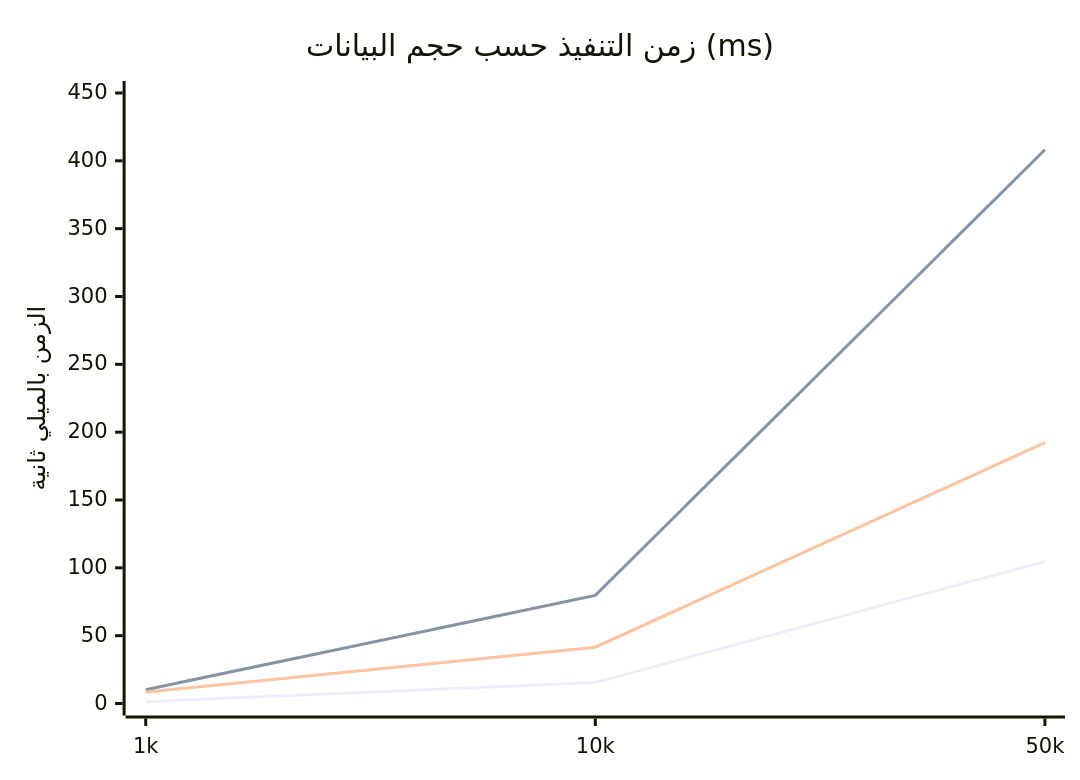
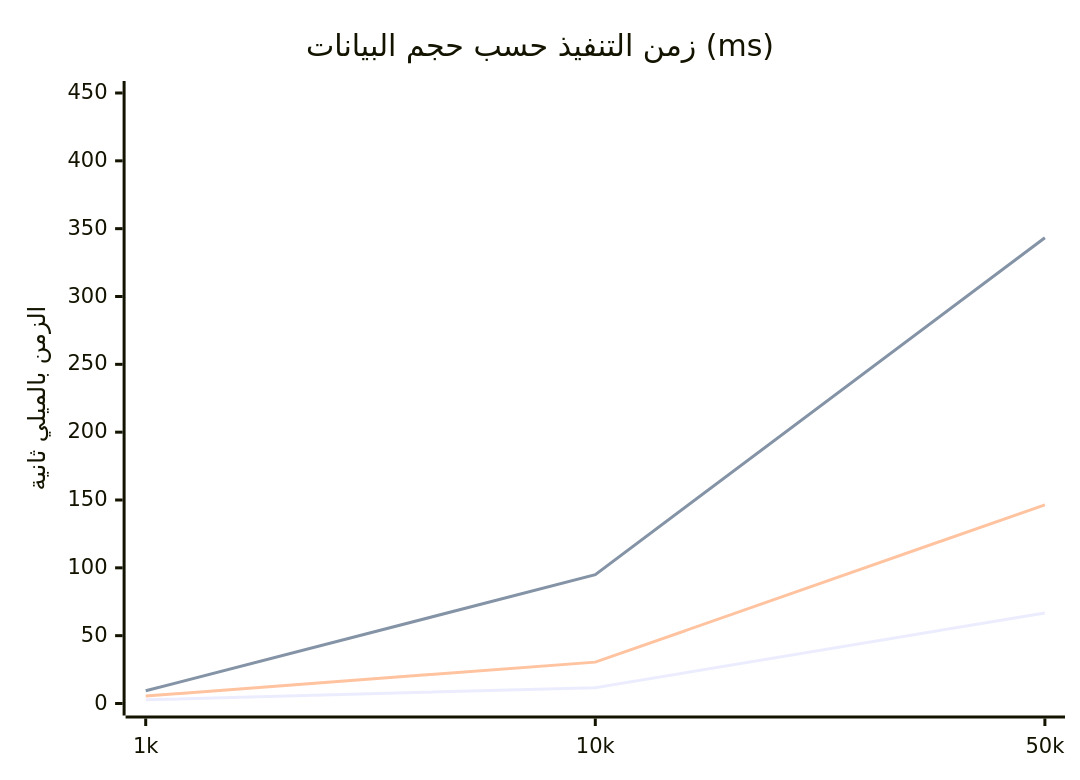
Before and after one commit to ArCode-Standard/darija-lexreview: the fourth of 4 diagrams in docs/algorithms/DARIJA-ENGINE-REPORT-v0.1.0.md, drawn with Mermaid. The commit also changed other lines of this file, not shown here.

````diff
--- a/docs/algorithms/DARIJA-ENGINE-REPORT-v0.1.0.md
+++ b/docs/algorithms/DARIJA-ENGINE-REPORT-v0.1.0.md
@@ -233,9 +233,9 @@
 ```mermaid
 xychart-beta
     title "زمن التنفيذ حسب حجم البيانات (ms)"
     x-axis ["1k", "10k", "50k"]
     y-axis "الزمن بالميلي ثانية" 0 --> 450
-    line [1.34, 15.52, 104.68]
-    line [10.17, 79.70, 408.15]
-    line [8.34, 41.49, 192.22]
+    line [2.70, 11.68, 66.76]
+    line [9.37, 94.95, 343.32]
+    line [5.50, 30.50, 146.43]
 ```
````
